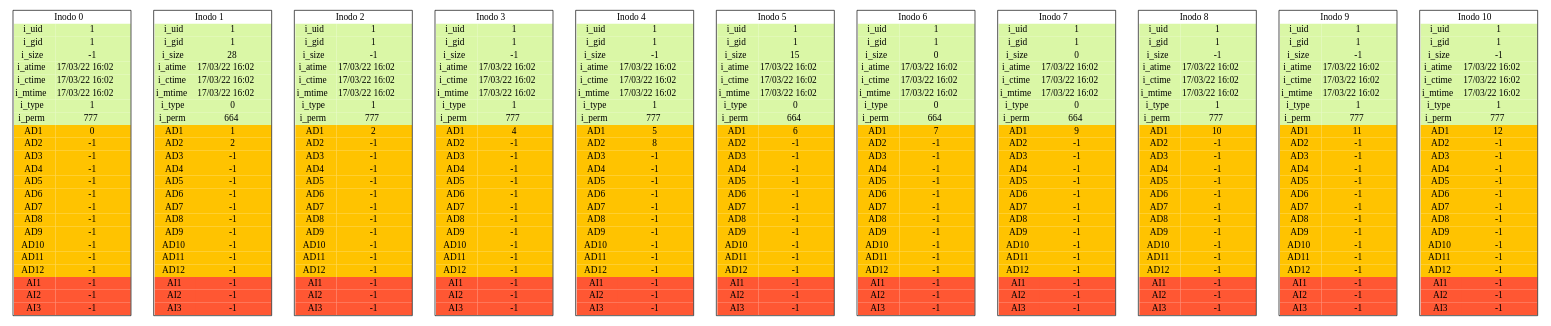
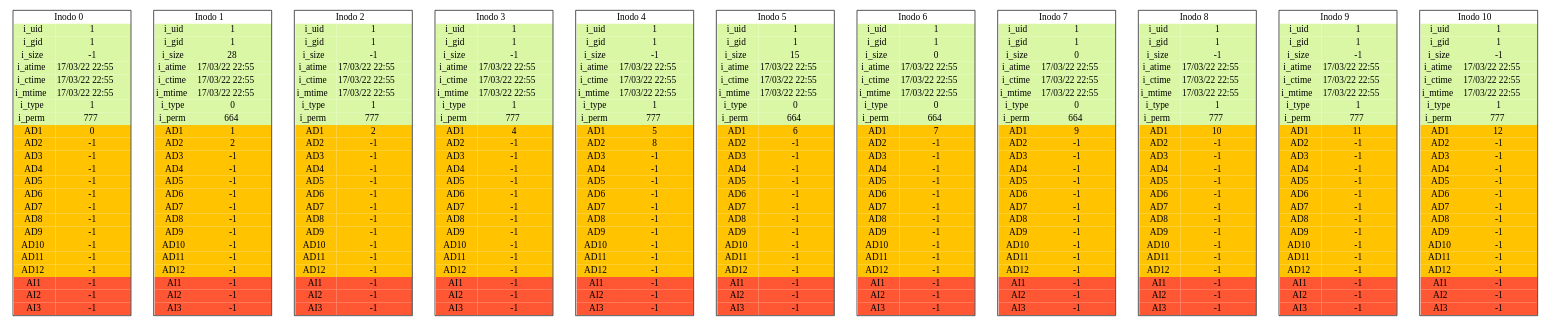
Before and after one commit to 2730538920101/P1_MIA_201709282: the diagram in Inodes_report.dot, drawn with Graphviz. The commit also changed 14 other files, not shown here.

```diff
--- a/Inodes_report.dot
+++ b/Inodes_report.dot
@@ -5,9 +5,9 @@
 <tr><td bgcolor="#DAF7A6">i_uid</td><td bgcolor="#DAF7A6">1</td></tr>
 <tr><td bgcolor="#DAF7A6">i_gid</td><td bgcolor="#DAF7A6">1</td></tr>
 <tr><td bgcolor="#DAF7A6">i_size</td><td bgcolor="#DAF7A6">-1</td></tr>
-<tr><td bgcolor="#DAF7A6">i_atime</td><td bgcolor="#DAF7A6">17/03/22 16:02</td></tr>
-<tr><td bgcolor="#DAF7A6">i_ctime</td><td bgcolor="#DAF7A6">17/03/22 16:02</td></tr>
-<tr><td bgcolor="#DAF7A6">i_mtime</td><td bgcolor="#DAF7A6">17/03/22 16:02</td></tr>
+<tr><td bgcolor="#DAF7A6">i_atime</td><td bgcolor="#DAF7A6">17/03/22 22:55</td></tr>
+<tr><td bgcolor="#DAF7A6">i_ctime</td><td bgcolor="#DAF7A6">17/03/22 22:55</td></tr>
+<tr><td bgcolor="#DAF7A6">i_mtime</td><td bgcolor="#DAF7A6">17/03/22 22:55</td></tr>
 <tr><td bgcolor="#DAF7A6">i_type</td><td bgcolor="#DAF7A6">1</td></tr>
 <tr><td bgcolor="#DAF7A6">i_perm</td><td bgcolor="#DAF7A6">777</td></tr>
 <tr><td bgcolor="#FFC300">AD1</td><td  bgcolor="#FFC300">0</td></tr>
@@ -33,9 +33,9 @@
 <tr><td bgcolor="#DAF7A6">i_uid</td><td bgcolor="#DAF7A6">1</td></tr>
 <tr><td bgcolor="#DAF7A6">i_gid</td><td bgcolor="#DAF7A6">1</td></tr>
 <tr><td bgcolor="#DAF7A6">i_size</td><td bgcolor="#DAF7A6">28</td></tr>
-<tr><td bgcolor="#DAF7A6">i_atime</td><td bgcolor="#DAF7A6">17/03/22 16:02</td></tr>
-<tr><td bgcolor="#DAF7A6">i_ctime</td><td bgcolor="#DAF7A6">17/03/22 16:02</td></tr>
-<tr><td bgcolor="#DAF7A6">i_mtime</td><td bgcolor="#DAF7A6">17/03/22 16:02</td></tr>
+<tr><td bgcolor="#DAF7A6">i_atime</td><td bgcolor="#DAF7A6">17/03/22 22:55</td></tr>
+<tr><td bgcolor="#DAF7A6">i_ctime</td><td bgcolor="#DAF7A6">17/03/22 22:55</td></tr>
+<tr><td bgcolor="#DAF7A6">i_mtime</td><td bgcolor="#DAF7A6">17/03/22 22:55</td></tr>
 <tr><td bgcolor="#DAF7A6">i_type</td><td bgcolor="#DAF7A6">0</td></tr>
 <tr><td bgcolor="#DAF7A6">i_perm</td><td bgcolor="#DAF7A6">664</td></tr>
 <tr><td bgcolor="#FFC300">AD1</td><td  bgcolor="#FFC300">1</td></tr>
@@ -61,9 +61,9 @@
 <tr><td bgcolor="#DAF7A6">i_uid</td><td bgcolor="#DAF7A6">1</td></tr>
 <tr><td bgcolor="#DAF7A6">i_gid</td><td bgcolor="#DAF7A6">1</td></tr>
 <tr><td bgcolor="#DAF7A6">i_size</td><td bgcolor="#DAF7A6">-1</td></tr>
-<tr><td bgcolor="#DAF7A6">i_atime</td><td bgcolor="#DAF7A6">17/03/22 16:02</td></tr>
-<tr><td bgcolor="#DAF7A6">i_ctime</td><td bgcolor="#DAF7A6">17/03/22 16:02</td></tr>
-<tr><td bgcolor="#DAF7A6">i_mtime</td><td bgcolor="#DAF7A6">17/03/22 16:02</td></tr>
+<tr><td bgcolor="#DAF7A6">i_atime</td><td bgcolor="#DAF7A6">17/03/22 22:55</td></tr>
+<tr><td bgcolor="#DAF7A6">i_ctime</td><td bgcolor="#DAF7A6">17/03/22 22:55</td></tr>
+<tr><td bgcolor="#DAF7A6">i_mtime</td><td bgcolor="#DAF7A6">17/03/22 22:55</td></tr>
 <tr><td bgcolor="#DAF7A6">i_type</td><td bgcolor="#DAF7A6">1</td></tr>
 <tr><td bgcolor="#DAF7A6">i_perm</td><td bgcolor="#DAF7A6">777</td></tr>
 <tr><td bgcolor="#FFC300">AD1</td><td  bgcolor="#FFC300">2</td></tr>
@@ -89,9 +89,9 @@
 <tr><td bgcolor="#DAF7A6">i_uid</td><td bgcolor="#DAF7A6">1</td></tr>
 <tr><td bgcolor="#DAF7A6">i_gid</td><td bgcolor="#DAF7A6">1</td></tr>
 <tr><td bgcolor="#DAF7A6">i_size</td><td bgcolor="#DAF7A6">-1</td></tr>
-<tr><td bgcolor="#DAF7A6">i_atime</td><td bgcolor="#DAF7A6">17/03/22 16:02</td></tr>
-<tr><td bgcolor="#DAF7A6">i_ctime</td><td bgcolor="#DAF7A6">17/03/22 16:02</td></tr>
-<tr><td bgcolor="#DAF7A6">i_mtime</td><td bgcolor="#DAF7A6">17/03/22 16:02</td></tr>
+<tr><td bgcolor="#DAF7A6">i_atime</td><td bgcolor="#DAF7A6">17/03/22 22:55</td></tr>
+<tr><td bgcolor="#DAF7A6">i_ctime</td><td bgcolor="#DAF7A6">17/03/22 22:55</td></tr>
+<tr><td bgcolor="#DAF7A6">i_mtime</td><td bgcolor="#DAF7A6">17/03/22 22:55</td></tr>
 <tr><td bgcolor="#DAF7A6">i_type</td><td bgcolor="#DAF7A6">1</td></tr>
 <tr><td bgcolor="#DAF7A6">i_perm</td><td bgcolor="#DAF7A6">777</td></tr>
 <tr><td bgcolor="#FFC300">AD1</td><td  bgcolor="#FFC300">4</td></tr>
@@ -117,9 +117,9 @@
 <tr><td bgcolor="#DAF7A6">i_uid</td><td bgcolor="#DAF7A6">1</td></tr>
 <tr><td bgcolor="#DAF7A6">i_gid</td><td bgcolor="#DAF7A6">1</td></tr>
 <tr><td bgcolor="#DAF7A6">i_size</td><td bgcolor="#DAF7A6">-1</td></tr>
-<tr><td bgcolor="#DAF7A6">i_atime</td><td bgcolor="#DAF7A6">17/03/22 16:02</td></tr>
-<tr><td bgcolor="#DAF7A6">i_ctime</td><td bgcolor="#DAF7A6">17/03/22 16:02</td></tr>
-<tr><td bgcolor="#DAF7A6">i_mtime</td><td bgcolor="#DAF7A6">17/03/22 16:02</td></tr>
+<tr><td bgcolor="#DAF7A6">i_atime</td><td bgcolor="#DAF7A6">17/03/22 22:55</td></tr>
+<tr><td bgcolor="#DAF7A6">i_ctime</td><td bgcolor="#DAF7A6">17/03/22 22:55</td></tr>
+<tr><td bgcolor="#DAF7A6">i_mtime</td><td bgcolor="#DAF7A6">17/03/22 22:55</td></tr>
 <tr><td bgcolor="#DAF7A6">i_type</td><td bgcolor="#DAF7A6">1</td></tr>
 <tr><td bgcolor="#DAF7A6">i_perm</td><td bgcolor="#DAF7A6">777</td></tr>
 <tr><td bgcolor="#FFC300">AD1</td><td  bgcolor="#FFC300">5</td></tr>
@@ -145,9 +145,9 @@
 <tr><td bgcolor="#DAF7A6">i_uid</td><td bgcolor="#DAF7A6">1</td></tr>
 <tr><td bgcolor="#DAF7A6">i_gid</td><td bgcolor="#DAF7A6">1</td></tr>
 <tr><td bgcolor="#DAF7A6">i_size</td><td bgcolor="#DAF7A6">15</td></tr>
-<tr><td bgcolor="#DAF7A6">i_atime</td><td bgcolor="#DAF7A6">17/03/22 16:02</td></tr>
-<tr><td bgcolor="#DAF7A6">i_ctime</td><td bgcolor="#DAF7A6">17/03/22 16:02</td></tr>
-<tr><td bgcolor="#DAF7A6">i_mtime</td><td bgcolor="#DAF7A6">17/03/22 16:02</td></tr>
+<tr><td bgcolor="#DAF7A6">i_atime</td><td bgcolor="#DAF7A6">17/03/22 22:55</td></tr>
+<tr><td bgcolor="#DAF7A6">i_ctime</td><td bgcolor="#DAF7A6">17/03/22 22:55</td></tr>
+<tr><td bgcolor="#DAF7A6">i_mtime</td><td bgcolor="#DAF7A6">17/03/22 22:55</td></tr>
 <tr><td bgcolor="#DAF7A6">i_type</td><td bgcolor="#DAF7A6">0</td></tr>
 <tr><td bgcolor="#DAF7A6">i_perm</td><td bgcolor="#DAF7A6">664</td></tr>
 <tr><td bgcolor="#FFC300">AD1</td><td  bgcolor="#FFC300">6</td></tr>
@@ -173,9 +173,9 @@
 <tr><td bgcolor="#DAF7A6">i_uid</td><td bgcolor="#DAF7A6">1</td></tr>
 <tr><td bgcolor="#DAF7A6">i_gid</td><td bgcolor="#DAF7A6">1</td></tr>
 <tr><td bgcolor="#DAF7A6">i_size</td><td bgcolor="#DAF7A6">0</td></tr>
-<tr><td bgcolor="#DAF7A6">i_atime</td><td bgcolor="#DAF7A6">17/03/22 16:02</td></tr>
-<tr><td bgcolor="#DAF7A6">i_ctime</td><td bgcolor="#DAF7A6">17/03/22 16:02</td></tr>
-<tr><td bgcolor="#DAF7A6">i_mtime</td><td bgcolor="#DAF7A6">17/03/22 16:02</td></tr>
+<tr><td bgcolor="#DAF7A6">i_atime</td><td bgcolor="#DAF7A6">17/03/22 22:55</td></tr>
+<tr><td bgcolor="#DAF7A6">i_ctime</td><td bgcolor="#DAF7A6">17/03/22 22:55</td></tr>
+<tr><td bgcolor="#DAF7A6">i_mtime</td><td bgcolor="#DAF7A6">17/03/22 22:55</td></tr>
 <tr><td bgcolor="#DAF7A6">i_type</td><td bgcolor="#DAF7A6">0</td></tr>
 <tr><td bgcolor="#DAF7A6">i_perm</td><td bgcolor="#DAF7A6">664</td></tr>
 <tr><td bgcolor="#FFC300">AD1</td><td  bgcolor="#FFC300">7</td></tr>
@@ -201,9 +201,9 @@
 <tr><td bgcolor="#DAF7A6">i_uid</td><td bgcolor="#DAF7A6">1</td></tr>
 <tr><td bgcolor="#DAF7A6">i_gid</td><td bgcolor="#DAF7A6">1</td></tr>
 <tr><td bgcolor="#DAF7A6">i_size</td><td bgcolor="#DAF7A6">0</td></tr>
-<tr><td bgcolor="#DAF7A6">i_atime</td><td bgcolor="#DAF7A6">17/03/22 16:02</td></tr>
-<tr><td bgcolor="#DAF7A6">i_ctime</td><td bgcolor="#DAF7A6">17/03/22 16:02</td></tr>
-<tr><td bgcolor="#DAF7A6">i_mtime</td><td bgcolor="#DAF7A6">17/03/22 16:02</td></tr>
+<tr><td bgcolor="#DAF7A6">i_atime</td><td bgcolor="#DAF7A6">17/03/22 22:55</td></tr>
+<tr><td bgcolor="#DAF7A6">i_ctime</td><td bgcolor="#DAF7A6">17/03/22 22:55</td></tr>
+<tr><td bgcolor="#DAF7A6">i_mtime</td><td bgcolor="#DAF7A6">17/03/22 22:55</td></tr>
 <tr><td bgcolor="#DAF7A6">i_type</td><td bgcolor="#DAF7A6">0</td></tr>
 <tr><td bgcolor="#DAF7A6">i_perm</td><td bgcolor="#DAF7A6">664</td></tr>
 <tr><td bgcolor="#FFC300">AD1</td><td  bgcolor="#FFC300">9</td></tr>
@@ -229,9 +229,9 @@
 <tr><td bgcolor="#DAF7A6">i_uid</td><td bgcolor="#DAF7A6">1</td></tr>
 <tr><td bgcolor="#DAF7A6">i_gid</td><td bgcolor="#DAF7A6">1</td></tr>
 <tr><td bgcolor="#DAF7A6">i_size</td><td bgcolor="#DAF7A6">-1</td></tr>
-<tr><td bgcolor="#DAF7A6">i_atime</td><td bgcolor="#DAF7A6">17/03/22 16:02</td></tr>
-<tr><td bgcolor="#DAF7A6">i_ctime</td><td bgcolor="#DAF7A6">17/03/22 16:02</td></tr>
-<tr><td bgcolor="#DAF7A6">i_mtime</td><td bgcolor="#DAF7A6">17/03/22 16:02</td></tr>
+<tr><td bgcolor="#DAF7A6">i_atime</td><td bgcolor="#DAF7A6">17/03/22 22:55</td></tr>
+<tr><td bgcolor="#DAF7A6">i_ctime</td><td bgcolor="#DAF7A6">17/03/22 22:55</td></tr>
+<tr><td bgcolor="#DAF7A6">i_mtime</td><td bgcolor="#DAF7A6">17/03/22 22:55</td></tr>
 <tr><td bgcolor="#DAF7A6">i_type</td><td bgcolor="#DAF7A6">1</td></tr>
 <tr><td bgcolor="#DAF7A6">i_perm</td><td bgcolor="#DAF7A6">777</td></tr>
 <tr><td bgcolor="#FFC300">AD1</td><td  bgcolor="#FFC300">10</td></tr>
@@ -257,9 +257,9 @@
 <tr><td bgcolor="#DAF7A6">i_uid</td><td bgcolor="#DAF7A6">1</td></tr>
 <tr><td bgcolor="#DAF7A6">i_gid</td><td bgcolor="#DAF7A6">1</td></tr>
 <tr><td bgcolor="#DAF7A6">i_size</td><td bgcolor="#DAF7A6">-1</td></tr>
-<tr><td bgcolor="#DAF7A6">i_atime</td><td bgcolor="#DAF7A6">17/03/22 16:02</td></tr>
-<tr><td bgcolor="#DAF7A6">i_ctime</td><td bgcolor="#DAF7A6">17/03/22 16:02</td></tr>
-<tr><td bgcolor="#DAF7A6">i_mtime</td><td bgcolor="#DAF7A6">17/03/22 16:02</td></tr>
+<tr><td bgcolor="#DAF7A6">i_atime</td><td bgcolor="#DAF7A6">17/03/22 22:55</td></tr>
+<tr><td bgcolor="#DAF7A6">i_ctime</td><td bgcolor="#DAF7A6">17/03/22 22:55</td></tr>
+<tr><td bgcolor="#DAF7A6">i_mtime</td><td bgcolor="#DAF7A6">17/03/22 22:55</td></tr>
 <tr><td bgcolor="#DAF7A6">i_type</td><td bgcolor="#DAF7A6">1</td></tr>
 <tr><td bgcolor="#DAF7A6">i_perm</td><td bgcolor="#DAF7A6">777</td></tr>
 <tr><td bgcolor="#FFC300">AD1</td><td  bgcolor="#FFC300">11</td></tr>
@@ -285,9 +285,9 @@
 <tr><td bgcolor="#DAF7A6">i_uid</td><td bgcolor="#DAF7A6">1</td></tr>
 <tr><td bgcolor="#DAF7A6">i_gid</td><td bgcolor="#DAF7A6">1</td></tr>
 <tr><td bgcolor="#DAF7A6">i_size</td><td bgcolor="#DAF7A6">-1</td></tr>
-<tr><td bgcolor="#DAF7A6">i_atime</td><td bgcolor="#DAF7A6">17/03/22 16:02</td></tr>
-<tr><td bgcolor="#DAF7A6">i_ctime</td><td bgcolor="#DAF7A6">17/03/22 16:02</td></tr>
-<tr><td bgcolor="#DAF7A6">i_mtime</td><td bgcolor="#DAF7A6">17/03/22 16:02</td></tr>
+<tr><td bgcolor="#DAF7A6">i_atime</td><td bgcolor="#DAF7A6">17/03/22 22:55</td></tr>
+<tr><td bgcolor="#DAF7A6">i_ctime</td><td bgcolor="#DAF7A6">17/03/22 22:55</td></tr>
+<tr><td bgcolor="#DAF7A6">i_mtime</td><td bgcolor="#DAF7A6">17/03/22 22:55</td></tr>
 <tr><td bgcolor="#DAF7A6">i_type</td><td bgcolor="#DAF7A6">1</td></tr>
 <tr><td bgcolor="#DAF7A6">i_perm</td><td bgcolor="#DAF7A6">777</td></tr>
 <tr><td bgcolor="#FFC300">AD1</td><td  bgcolor="#FFC300">12</td></tr>
```
